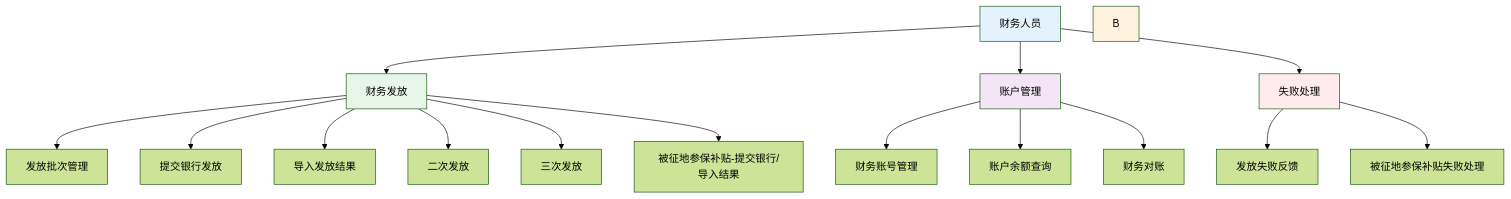
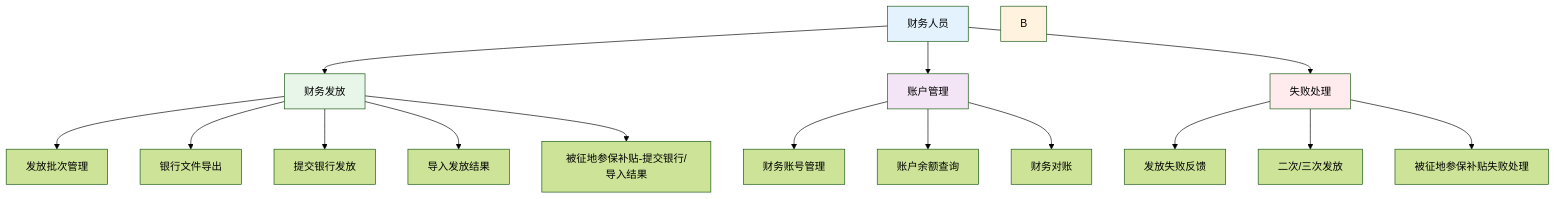
Diagram 14 of 17 in spec/概要设计文档.md (gulbelhuai/lfsb), drawn with Mermaid (forest theme) before and after one commit. The commit also changed other lines of this file and 299 other files, not shown here.

````diff
--- a/spec/概要设计文档.md
+++ b/spec/概要设计文档.md
@@ -932,26 +944,26 @@
 ```mermaid
 graph TD
     A[财务人员] --> C[财务发放]
     A --> D[账户管理]
     A --> E[失败处理]
 
     C --> C1[发放批次管理]
-    C --> C2[提交银行发放]
-    C --> C3[导入发放结果]
-    C --> C4[二次发放]
-    C --> C5[三次发放]
+    C --> C2[银行文件导出]
+    C --> C3[提交银行发放]
+    C --> C4[导入发放结果]
     C --> C6[被征地参保补贴-提交银行/导入结果]
 
     D --> D1[财务账号管理]
     D --> D2[账户余额查询]
     D --> D3[财务对账]
 
     E --> E1[发放失败反馈]
+    E --> E3[二次/三次发放]
     E --> E2[被征地参保补贴失败处理]
 
     style A fill:#e3f2fd
     style B fill:#fff3e0
     style C fill:#e8f5e9
     style D fill:#f3e5f5
     style E fill:#ffebee
 ```
````
